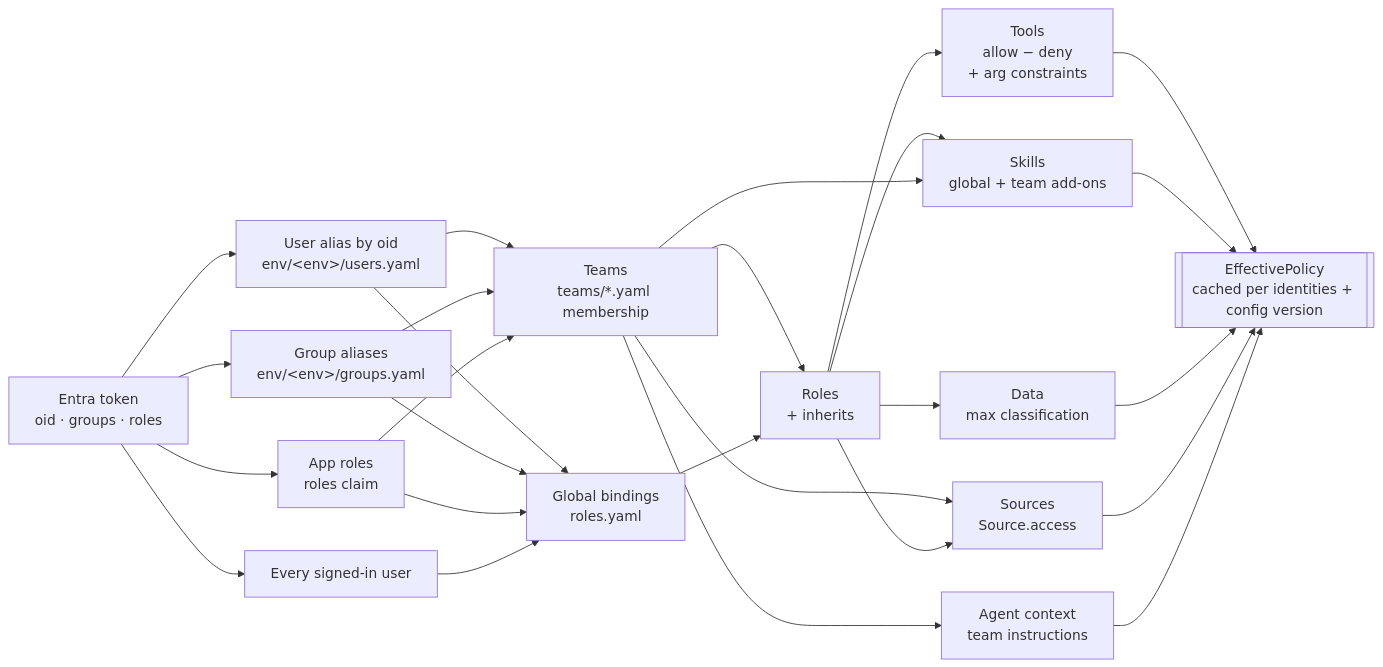
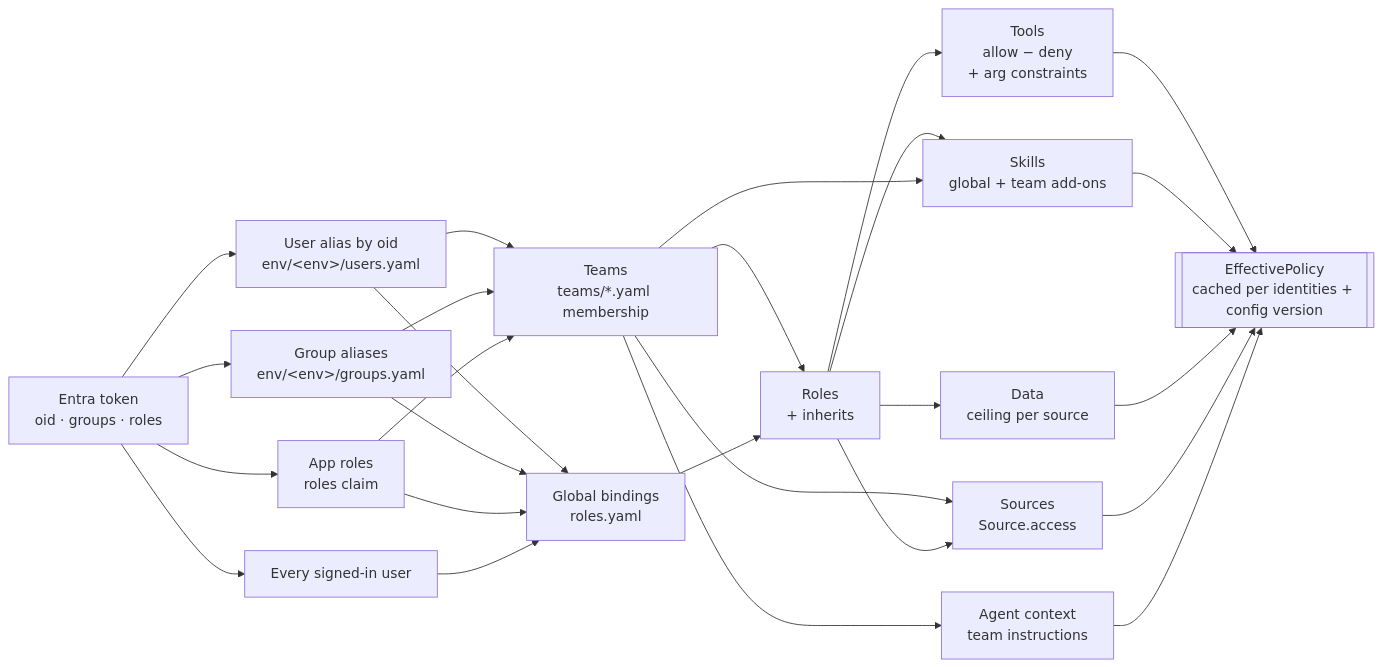
One commit to shaheenks/agentic-sdlc-core changed the third of 7 diagrams in docs/ARCHITECTURE.md. Above: the diagram before and after it, drawn with Mermaid. The commit also changed other lines of this file and 52 other files, not shown here.

````diff
--- a/docs/ARCHITECTURE.md
+++ b/docs/ARCHITECTURE.md
@@ -178,24 +178,24 @@
 ```mermaid
 flowchart LR
     T[Entra token<br/>oid · groups · roles] --> GA[Group aliases<br/>env/&lt;env&gt;/groups.yaml]
     T --> AR[App roles<br/>roles claim]
     T --> EV[Every signed-in user]
     T --> UA[User alias by oid<br/>env/&lt;env&gt;/users.yaml]
     UA --> TM
     UA --> GB
     GA --> TM[Teams<br/>teams/*.yaml membership]
     AR --> TM
     GA --> GB[Global bindings<br/>roles.yaml]
     AR --> GB
     EV --> GB
     TM --> R[Roles<br/>+ inherits]
     GB --> R
     R --> TL[Tools<br/>allow − deny<br/>+ arg constraints]
     R --> SKL[Skills<br/>global + team add-ons]
     TM --> SKL
-    R --> DT[Data<br/>max classification]
+    R --> DT[Data<br/>ceiling per source]
     TM --> SRCS[Sources<br/>Source.access]
     R --> SRCS
     TM --> CTX[Agent context<br/>team instructions]
     TL & SKL & DT & SRCS & CTX --> EP[[EffectivePolicy<br/>cached per identities + config version]]
 ```
````
